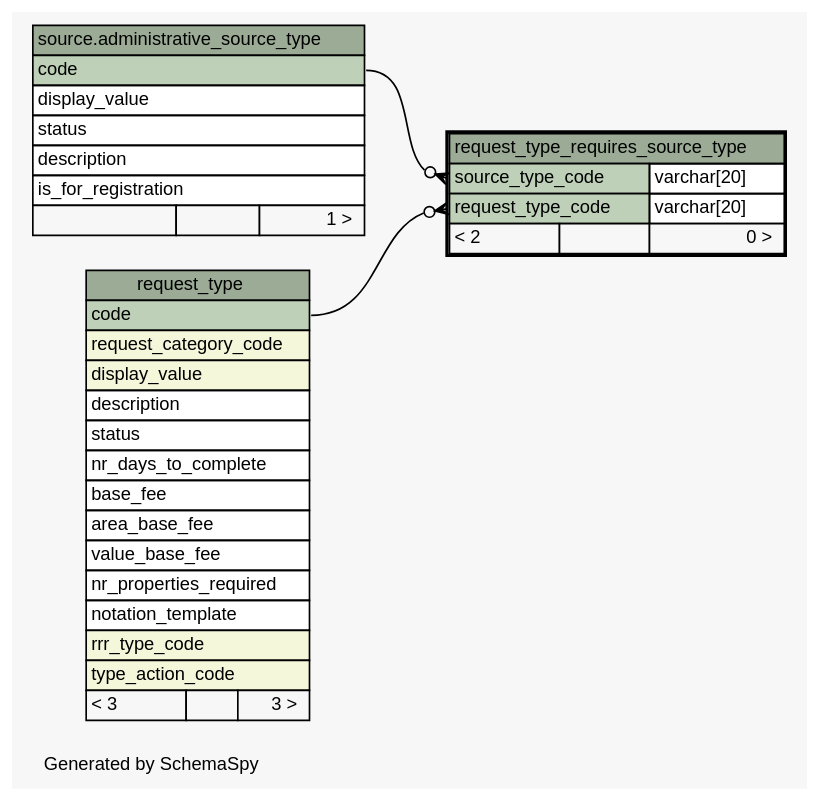
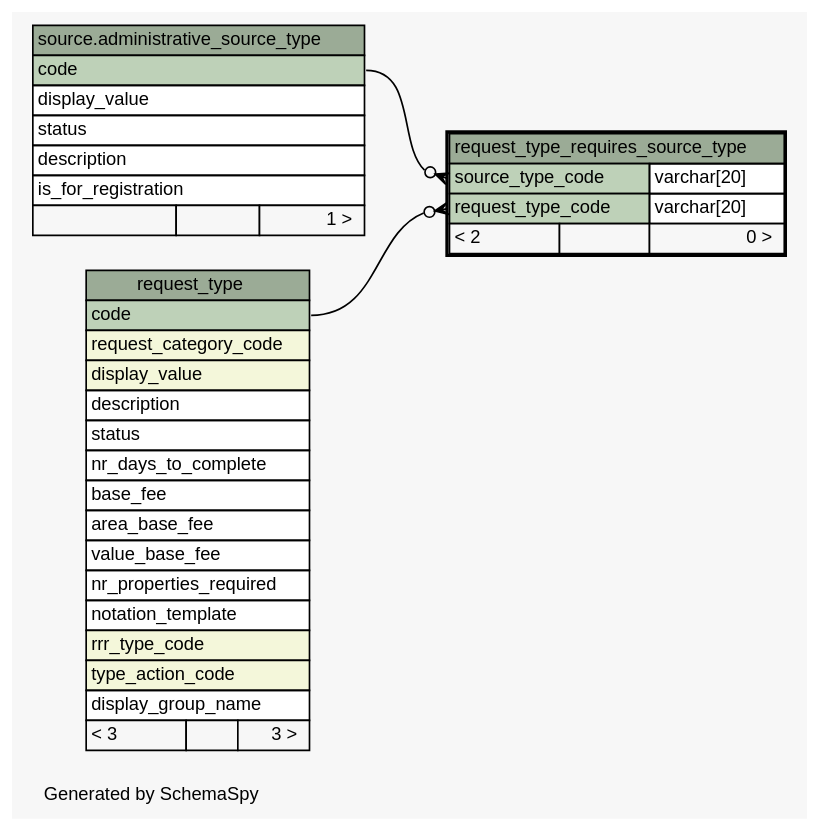
The diagram in doc/application/diagrams/request_type_requires_source_type.1degree.dot (SOLA-FAO/database_sola), drawn with Graphviz before and after one commit. The commit also changed 570 other files, not shown here.

First line of the commit message:
Data and schema updates [#420]

```diff
--- a/doc/application/diagrams/request_type_requires_source_type.1degree.dot
+++ b/doc/application/diagrams/request_type_requires_source_type.1degree.dot
@@ -1,71 +1,72 @@
-// dot 2.36.0 on Windows 8 6.2
+// dot 2.36.0 on Windows 7 6.1
 // SchemaSpy rev 590
 digraph "oneDegreeRelationshipsDiagram" {
   graph [
     rankdir="RL"
     bgcolor="#f7f7f7"
     label="\nGenerated by SchemaSpy"
     labeljust="l"
     nodesep="0.18"
     ranksep="0.46"
     fontname="Helvetica"
     fontsize="11"
   ];
   node [
     fontname="Helvetica"
     fontsize="11"
     shape="plaintext"
   ];
   edge [
     arrowsize="0.8"
   ];
   "request_type_requires_source_type":"request_type_code":w -> "request_type":"code":e [arrowhead=none dir=back arrowtail=crowodot];
   "request_type_requires_source_type":"source_type_code":w -> "source.administrative_source_type":"code":e [arrowhead=none dir=back arrowtail=crowodot];
   "source.administrative_source_type" [
     label=<
     <TABLE BORDER="0" CELLBORDER="1" CELLSPACING="0" BGCOLOR="#ffffff">
       <TR><TD COLSPAN="3" BGCOLOR="#9bab96" ALIGN="CENTER">source.administrative_source_type</TD></TR>
       <TR><TD PORT="code" COLSPAN="3" BGCOLOR="#bed1b8" ALIGN="LEFT">code</TD></TR>
       <TR><TD PORT="display_value" COLSPAN="3" ALIGN="LEFT">display_value</TD></TR>
       <TR><TD PORT="status" COLSPAN="3" ALIGN="LEFT">status</TD></TR>
       <TR><TD PORT="description" COLSPAN="3" ALIGN="LEFT">description</TD></TR>
       <TR><TD PORT="is_for_registration" COLSPAN="3" ALIGN="LEFT">is_for_registration</TD></TR>
       <TR><TD ALIGN="LEFT" BGCOLOR="#f7f7f7">  </TD><TD ALIGN="RIGHT" BGCOLOR="#f7f7f7">  </TD><TD ALIGN="RIGHT" BGCOLOR="#f7f7f7">1 &gt;</TD></TR>
     </TABLE>>
     URL="../../source/tables/administrative_source_type.html"
     tooltip="source.administrative_source_type"
   ];
   "request_type" [
     label=<
     <TABLE BORDER="0" CELLBORDER="1" CELLSPACING="0" BGCOLOR="#ffffff">
       <TR><TD COLSPAN="3" BGCOLOR="#9bab96" ALIGN="CENTER">request_type</TD></TR>
       <TR><TD PORT="code" COLSPAN="3" BGCOLOR="#bed1b8" ALIGN="LEFT">code</TD></TR>
       <TR><TD PORT="request_category_code" COLSPAN="3" BGCOLOR="#f4f7da" ALIGN="LEFT">request_category_code</TD></TR>
       <TR><TD PORT="display_value" COLSPAN="3" BGCOLOR="#f4f7da" ALIGN="LEFT">display_value</TD></TR>
       <TR><TD PORT="description" COLSPAN="3" ALIGN="LEFT">description</TD></TR>
       <TR><TD PORT="status" COLSPAN="3" ALIGN="LEFT">status</TD></TR>
       <TR><TD PORT="nr_days_to_complete" COLSPAN="3" ALIGN="LEFT">nr_days_to_complete</TD></TR>
       <TR><TD PORT="base_fee" COLSPAN="3" ALIGN="LEFT">base_fee</TD></TR>
       <TR><TD PORT="area_base_fee" COLSPAN="3" ALIGN="LEFT">area_base_fee</TD></TR>
       <TR><TD PORT="value_base_fee" COLSPAN="3" ALIGN="LEFT">value_base_fee</TD></TR>
       <TR><TD PORT="nr_properties_required" COLSPAN="3" ALIGN="LEFT">nr_properties_required</TD></TR>
       <TR><TD PORT="notation_template" COLSPAN="3" ALIGN="LEFT">notation_template</TD></TR>
       <TR><TD PORT="rrr_type_code" COLSPAN="3" BGCOLOR="#f4f7da" ALIGN="LEFT">rrr_type_code</TD></TR>
       <TR><TD PORT="type_action_code" COLSPAN="3" BGCOLOR="#f4f7da" ALIGN="LEFT">type_action_code</TD></TR>
+      <TR><TD PORT="display_group_name" COLSPAN="3" ALIGN="LEFT">display_group_name</TD></TR>
       <TR><TD ALIGN="LEFT" BGCOLOR="#f7f7f7">&lt; 3</TD><TD ALIGN="RIGHT" BGCOLOR="#f7f7f7">  </TD><TD ALIGN="RIGHT" BGCOLOR="#f7f7f7">3 &gt;</TD></TR>
     </TABLE>>
     URL="request_type.html"
     tooltip="request_type"
   ];
   "request_type_requires_source_type" [
     label=<
     <TABLE BORDER="2" CELLBORDER="1" CELLSPACING="0" BGCOLOR="#ffffff">
       <TR><TD COLSPAN="3" BGCOLOR="#9bab96" ALIGN="CENTER">request_type_requires_source_type</TD></TR>
       <TR><TD PORT="source_type_code" COLSPAN="2" BGCOLOR="#bed1b8" ALIGN="LEFT">source_type_code</TD><TD PORT="source_type_code.type" ALIGN="LEFT">varchar[20]</TD></TR>
       <TR><TD PORT="request_type_code" COLSPAN="2" BGCOLOR="#bed1b8" ALIGN="LEFT">request_type_code</TD><TD PORT="request_type_code.type" ALIGN="LEFT">varchar[20]</TD></TR>
       <TR><TD ALIGN="LEFT" BGCOLOR="#f7f7f7">&lt; 2</TD><TD ALIGN="RIGHT" BGCOLOR="#f7f7f7">  </TD><TD ALIGN="RIGHT" BGCOLOR="#f7f7f7">0 &gt;</TD></TR>
     </TABLE>>
     URL="request_type_requires_source_type.html"
     tooltip="request_type_requires_source_type"
   ];
 }
```
